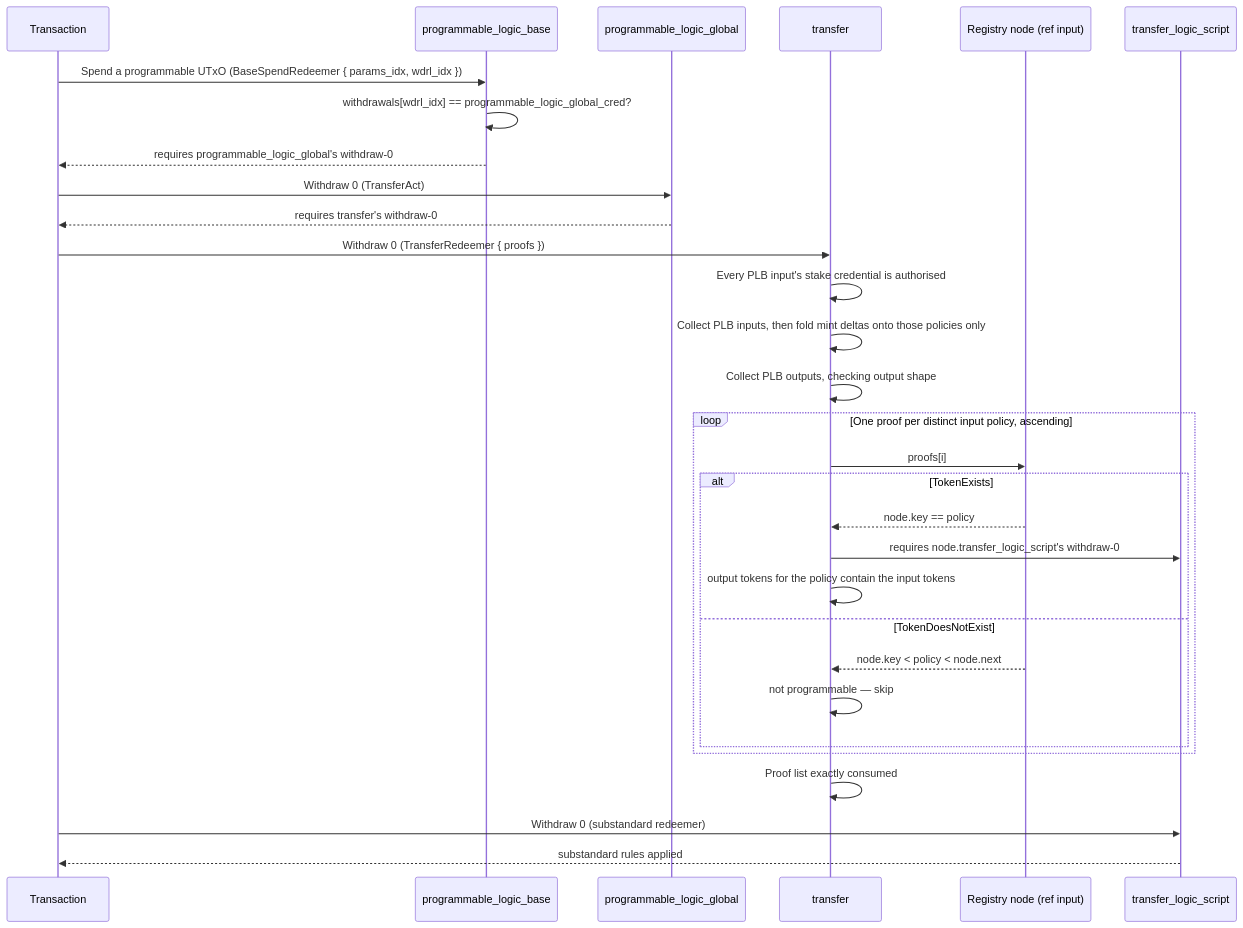
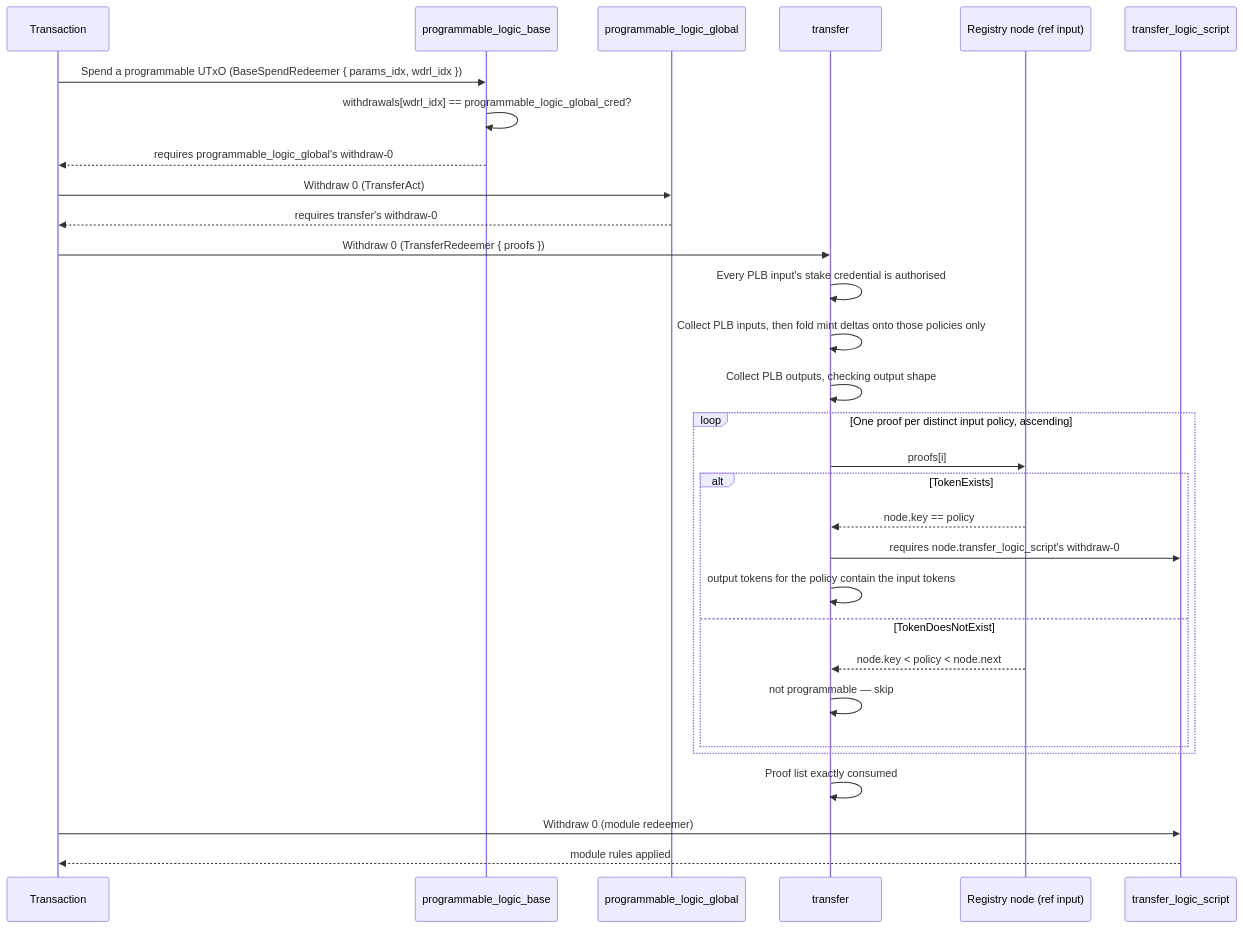
Before and after one commit to cardano-foundation/cip113-programmable-tokens: the third of 3 diagrams in documentation/02-ARCHITECTURE.md, drawn with Mermaid. The commit also changed other lines of this file and 44 other files, not shown here.

````diff
--- a/documentation/02-ARCHITECTURE.md
+++ b/documentation/02-ARCHITECTURE.md
@@ -744,37 +760,37 @@
 ```mermaid
 sequenceDiagram
     participant TX as Transaction
     participant PLB as programmable_logic_base
     participant PLG as programmable_logic_global
     participant TR as transfer
     participant REG as Registry node (ref input)
     participant TL as transfer_logic_script
 
     TX->>PLB: Spend a programmable UTxO (BaseSpendRedeemer { params_idx, wdrl_idx })
     PLB->>PLB: withdrawals[wdrl_idx] == programmable_logic_global_cred?
     PLB-->>TX: requires programmable_logic_global's withdraw-0
 
     TX->>PLG: Withdraw 0 (TransferAct)
     PLG-->>TX: requires transfer's withdraw-0
 
     TX->>TR: Withdraw 0 (TransferRedeemer { proofs })
     TR->>TR: Every PLB input's stake credential is authorised
     TR->>TR: Collect PLB inputs, then fold mint deltas onto those policies only
     TR->>TR: Collect PLB outputs, checking output shape
 
     loop One proof per distinct input policy, ascending
         TR->>REG: proofs[i]
         alt TokenExists
             REG-->>TR: node.key == policy
             TR->>TL: requires node.transfer_logic_script's withdraw-0
             TR->>TR: output tokens for the policy contain the input tokens
         else TokenDoesNotExist
             REG-->>TR: node.key < policy < node.next
             TR->>TR: not programmable — skip
         end
     end
 
     TR->>TR: Proof list exactly consumed
-    TX->>TL: Withdraw 0 (substandard redeemer)
-    TL-->>TX: substandard rules applied
+    TX->>TL: Withdraw 0 (module redeemer)
+    TL-->>TX: module rules applied
 ```
````
